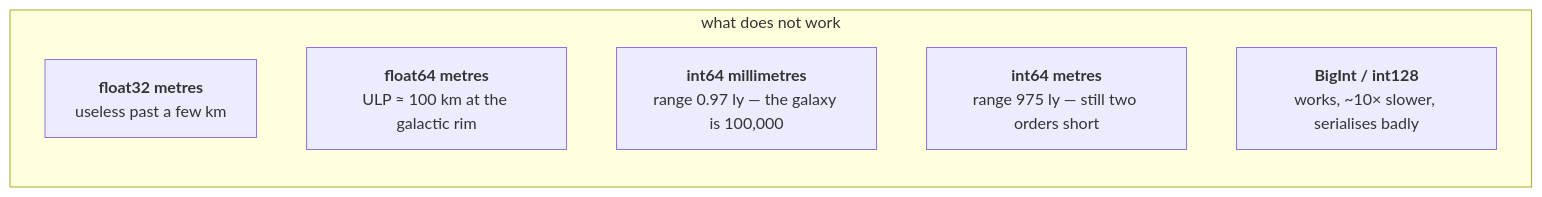
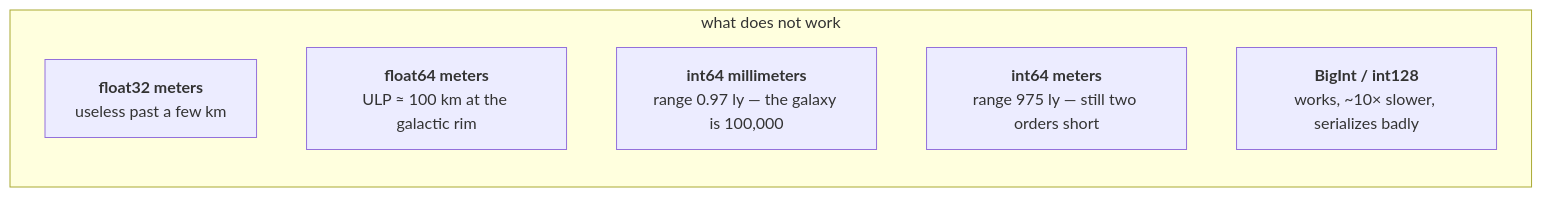
One commit to jonjaques/inertialref changed the first of 4 diagrams in docs/concepts/coordinates.md. Above: the diagram before and after it, drawn with Mermaid. The commit also changed other lines of this file and 83 other files, not shown here.

````diff
--- a/docs/concepts/coordinates.md
+++ b/docs/concepts/coordinates.md
@@ -29,11 +29,11 @@
 ```mermaid
 flowchart LR
     subgraph FAIL["what does not work"]
         direction TB
-        F32["<b>float32 metres</b><br/>useless past a few km"]
-        F64["<b>float64 metres</b><br/>ULP ≈ 100 km at the galactic rim"]
-        I64MM["<b>int64 millimetres</b><br/>range 0.97 ly — the galaxy is 100,000"]
-        I64M["<b>int64 metres</b><br/>range 975 ly — still two orders short"]
-        BIG["<b>BigInt / int128</b><br/>works, ~10× slower, serialises badly"]
+        F32["<b>float32 meters</b><br/>useless past a few km"]
+        F64["<b>float64 meters</b><br/>ULP ≈ 100 km at the galactic rim"]
+        I64MM["<b>int64 millimeters</b><br/>range 0.97 ly — the galaxy is 100,000"]
+        I64M["<b>int64 meters</b><br/>range 975 ly — still two orders short"]
+        BIG["<b>BigInt / int128</b><br/>works, ~10× slower, serializes badly"]
     end
 ```
````
